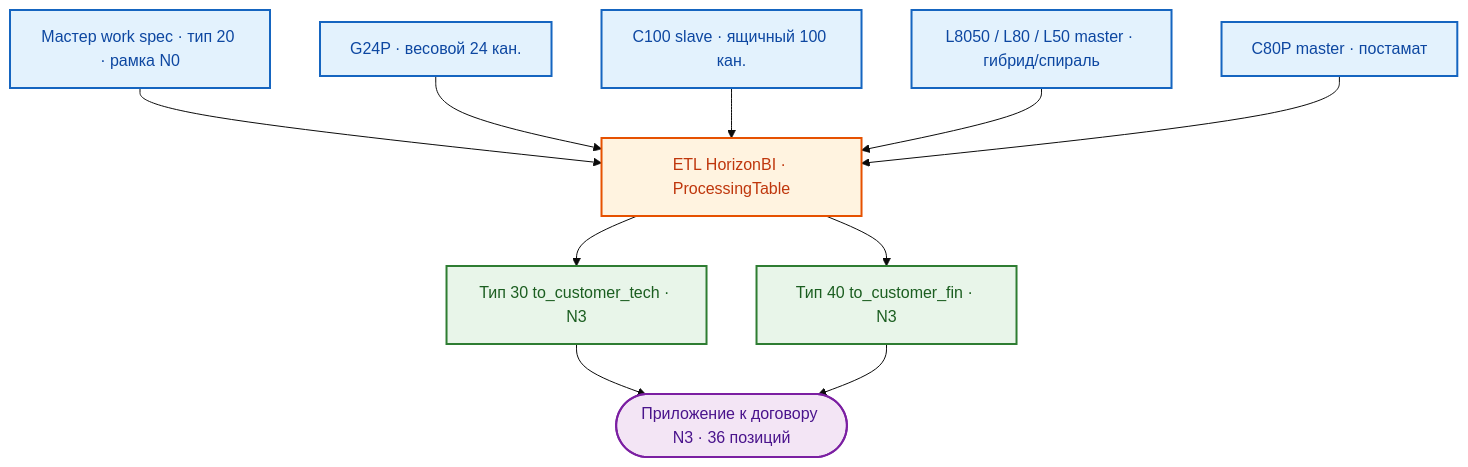
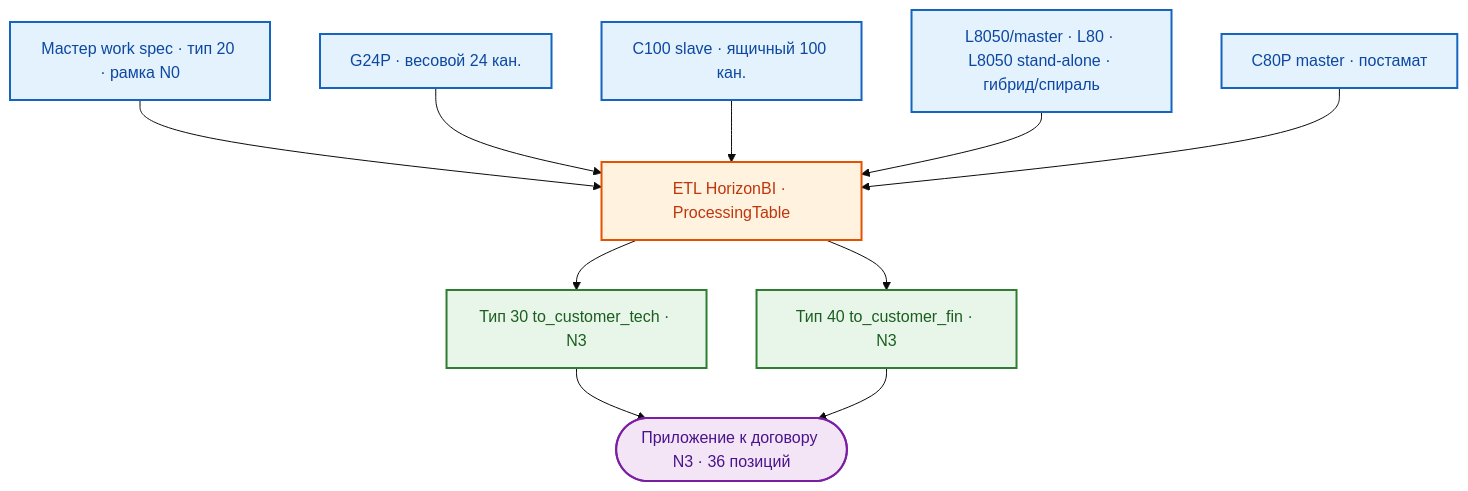
Before and after one commit to Konkery/Project-8_2026-N3-HORIZON: the diagram in README.md, drawn with Mermaid (base theme). The commit also changed other lines of this file and 15 other files, not shown here.

````diff
--- a/README.md
+++ b/README.md
@@ -41,17 +41,17 @@
 ```mermaid
 flowchart TD
     classDef storage fill:#E3F2FD,stroke:#1565C0,stroke-width:2px,color:#0D47A1;
     classDef engine  fill:#FFF3E0,stroke:#E65100,stroke-width:2px,color:#BF360C;
     classDef lib     fill:#E8F5E9,stroke:#2E7D32,stroke-width:2px,color:#1B5E20;
     classDef output  fill:#F3E5F5,stroke:#7B1FA2,stroke-width:2px,color:#4A148C;
 
     M["Мастер work spec · тип 20 · рамка N0"]:::storage --> ETL["ETL HorizonBI · ProcessingTable"]:::engine
     ETL --> T30["Тип 30 to_customer_tech · N3"]:::lib
     ETL --> T40["Тип 40 to_customer_fin · N3"]:::lib
     T30 --> APL(["Приложение к договору N3 · 36 позиций"]):::output
     T40 --> APL
     B1["G24P · весовой 24 кан."]:::storage --> ETL
     B2["C100 slave · ящичный 100 кан."]:::storage --> ETL
-    B3["L8050 / L80 / L50 master · гибрид/спираль"]:::storage --> ETL
+    B3["L8050/master · L80 · L8050 stand-alone · гибрид/спираль"]:::storage --> ETL
     B4["C80P master · постамат"]:::storage --> ETL
 ```
````
